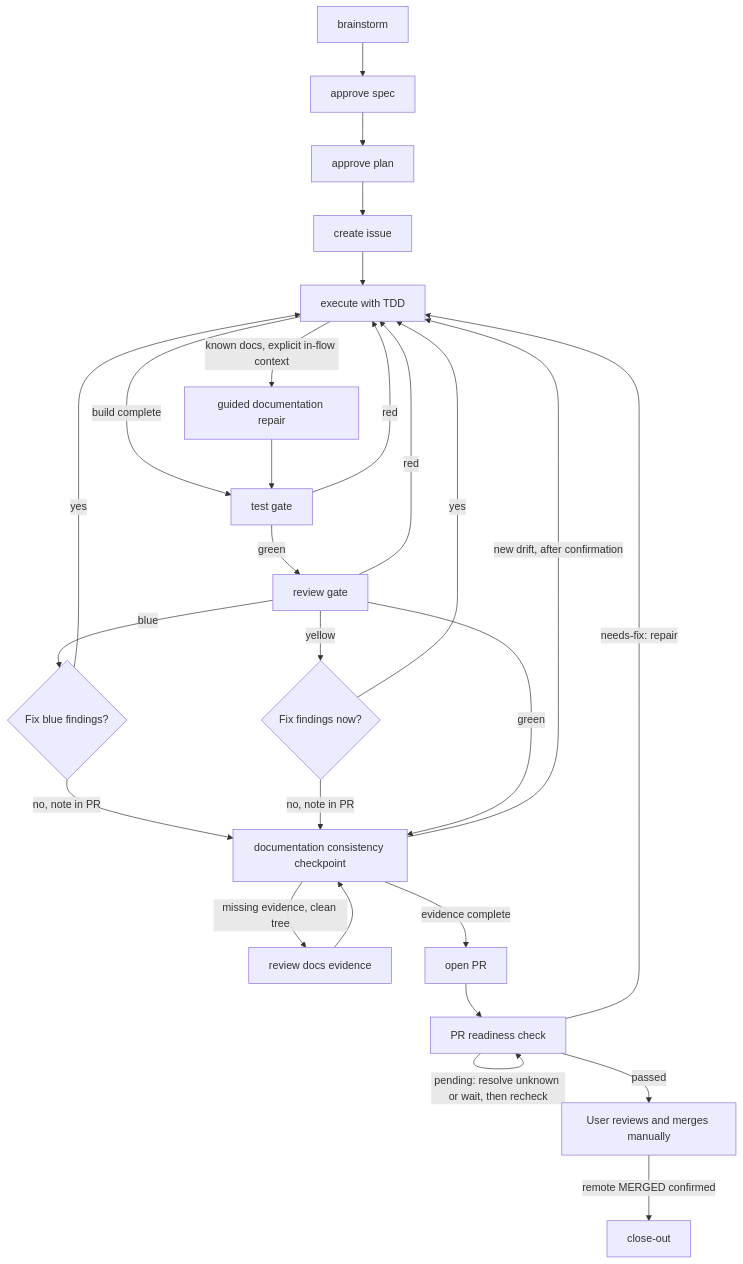
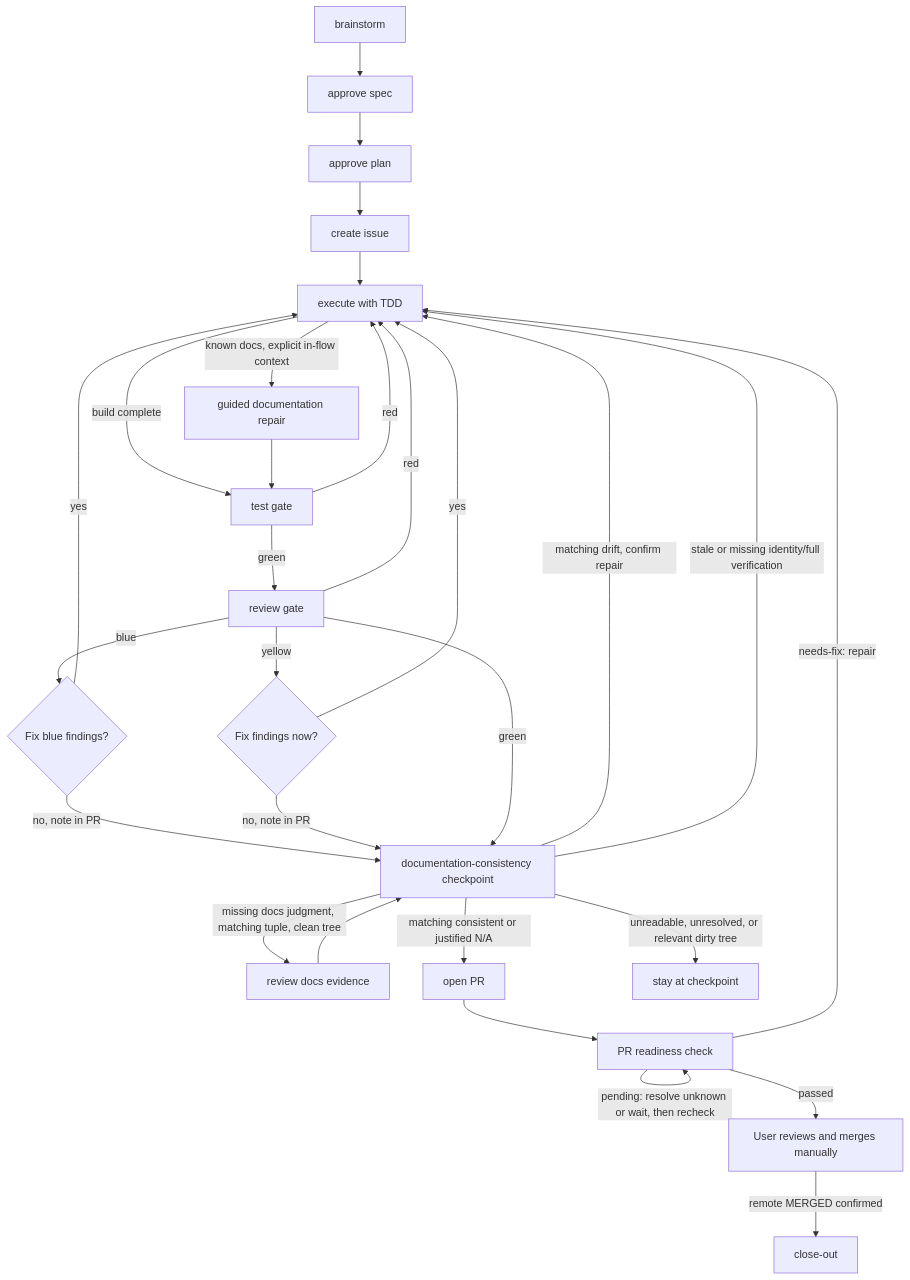
Before and after one commit to vincy-cheng/skills: the diagram in README.md, drawn with Mermaid. The commit also changed other lines of this file and 9 other files, not shown here.

Commit message:
fix(workflow): gate publication on documentation consistency

````diff
--- a/README.md
+++ b/README.md
@@ -85,27 +85,29 @@
 ```mermaid
 flowchart TD
     brainstorm[brainstorm] --> spec[approve spec] --> plan[approve plan]
     plan --> issue[create issue] --> execute[execute with TDD]
     execute -->|known docs, explicit in-flow context| docfix[guided documentation repair]
     execute -->|build complete| test[test gate]
     docfix --> test
     test -- red --> execute
     test -- green --> review[review gate]
     review -- red --> execute
     review -- blue --> bluechoice{Fix blue findings?}
     bluechoice -- yes --> execute
-    bluechoice -- no, note in PR --> docscheck[documentation consistency checkpoint]
+    bluechoice -- no, note in PR --> docscheck[documentation-consistency checkpoint]
     review -- yellow --> choice{Fix findings now?}
     choice -- yes --> execute
     choice -- no, note in PR --> docscheck
     review -->|green| docscheck
-    docscheck -->|missing evidence, clean tree| supplement[review docs evidence]
+    docscheck -->|missing docs judgment, matching tuple, clean tree| supplement[review docs evidence]
     supplement --> docscheck
-    docscheck -->|new drift, after confirmation| execute
-    docscheck -->|evidence complete| pr[open PR]
+    docscheck -->|matching consistent or justified N/A| pr[open PR]
+    docscheck -->|matching drift, confirm repair| execute
+    docscheck -->|stale or missing identity/full verification| execute
+    docscheck -->|unreadable, unresolved, or relevant dirty tree| blocked[stay at checkpoint]
     pr --> check[PR readiness check]
     check -->|pending: resolve unknown or wait, then recheck| check
     check -->|needs-fix: repair| execute
     check -->|passed| manual[User reviews and merges manually]
     manual -->|remote MERGED confirmed| closeout[close-out]
 ```
````
